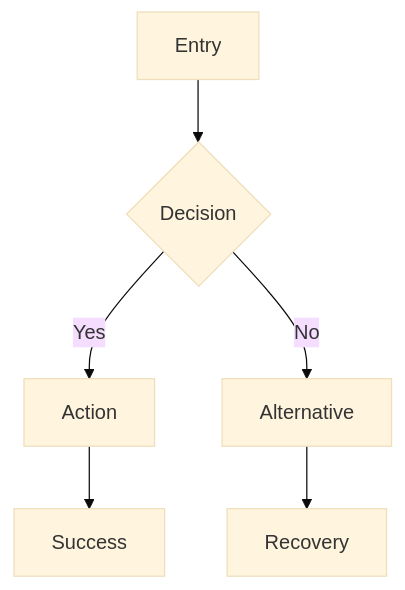
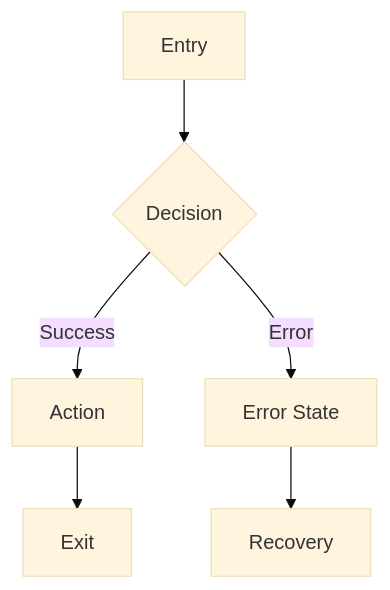
One commit to alexgarzao/ring changed the first of 3 diagrams in pm-team/agents/product-designer.md. Above: the diagram before and after it, drawn with Mermaid (base theme). The commit also changed other lines of this file and 65 other files, not shown here.

````diff
--- a/pm-team/agents/product-designer.md
+++ b/pm-team/agents/product-designer.md
@@ -462,8 +80,8 @@
 ```mermaid
 flowchart TD
     A[Entry] --> B{Decision}
-    B -->|Yes| C[Action]
-    B -->|No| D[Alternative]
-    C --> E[Success]
-    D --> F[Recovery]
+    B -->|Success| C[Action]
+    B -->|Error| D[Error State]
+    D --> E[Recovery]
+    C --> F[Exit]
 ```
````
